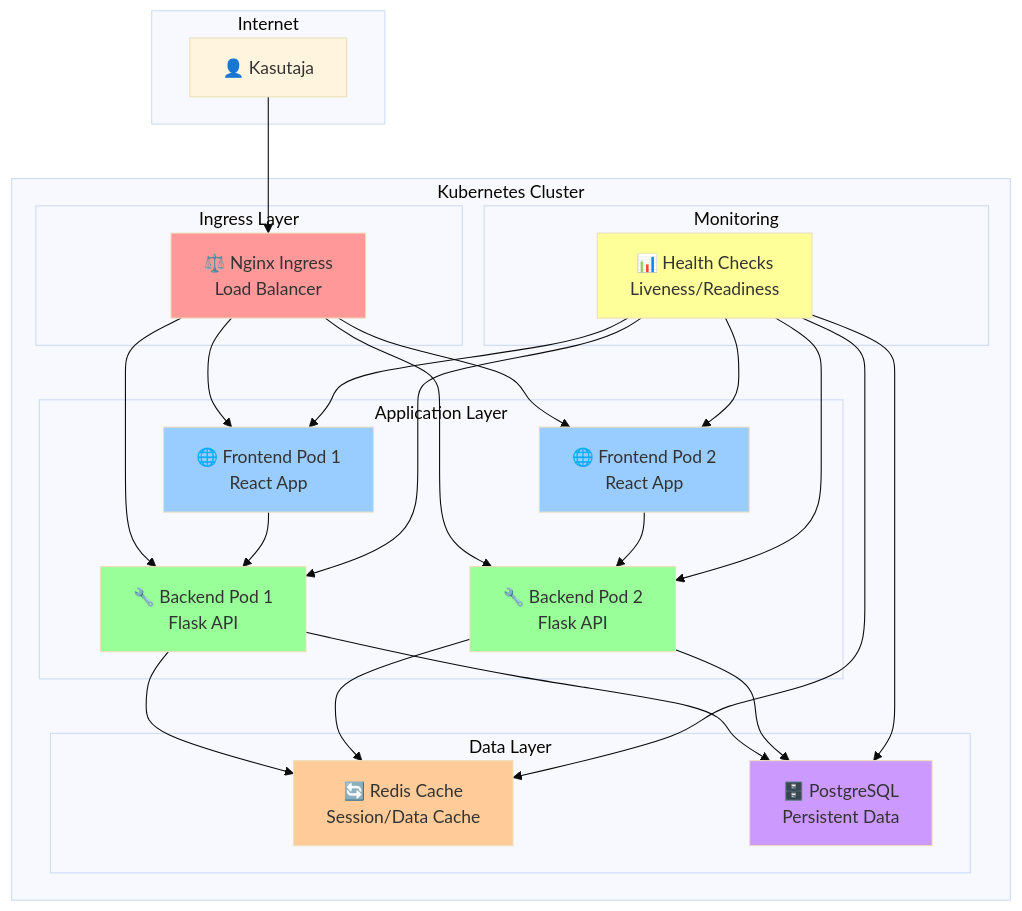
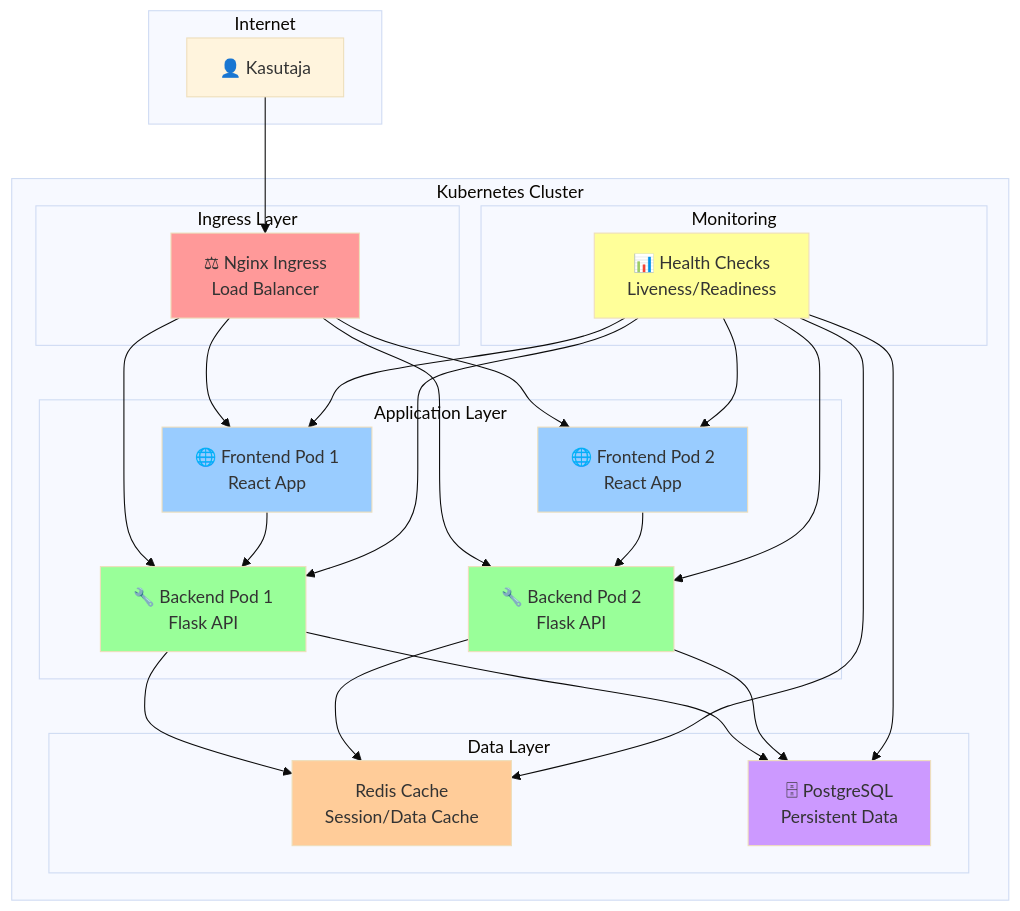
One commit to mtalvik/automation changed the diagram in docs/docker_orchestration/homework.md. Above: the diagram before and after it, drawn with Mermaid (base theme). The commit also changed other lines of this file and 168 other files, not shown here.

````diff
--- a/docs/docker_orchestration/homework.md
+++ b/docs/docker_orchestration/homework.md
@@ -29,57 +29,57 @@
 ```mermaid
 graph TB
     subgraph "Internet"
         User[👤 Kasutaja]
     end
     
     subgraph "Kubernetes Cluster"
         subgraph "Ingress Layer"
-            Ingress[⚖️ Nginx Ingress<br/>Load Balancer]
+            Ingress[⚖ Nginx Ingress<br/>Load Balancer]
         end
         
         subgraph "Application Layer"
             Frontend1[🌐 Frontend Pod 1<br/>React App]
             Frontend2[🌐 Frontend Pod 2<br/>React App]
             Backend1[🔧 Backend Pod 1<br/>Flask API]
             Backend2[🔧 Backend Pod 2<br/>Flask API]
         end
         
         subgraph "Data Layer"
-            Redis[🔄 Redis Cache<br/>Session/Data Cache]
-            Postgres[🗄️ PostgreSQL<br/>Persistent Data]
+            Redis[ Redis Cache<br/>Session/Data Cache]
+            Postgres[🗄 PostgreSQL<br/>Persistent Data]
         end
         
         subgraph "Monitoring"
             Health[📊 Health Checks<br/>Liveness/Readiness]
         end
     end
     
     User --> Ingress
     Ingress --> Frontend1
     Ingress --> Frontend2
     Ingress --> Backend1
     Ingress --> Backend2
     
     Frontend1 --> Backend1
     Frontend2 --> Backend2
     Backend1 --> Redis
     Backend2 --> Redis
     Backend1 --> Postgres
     Backend2 --> Postgres
     
     Health --> Frontend1
     Health --> Frontend2
     Health --> Backend1
     Health --> Backend2
     Health --> Redis
     Health --> Postgres
     
     style Ingress fill:#ff9999
     style Frontend1 fill:#99ccff
     style Frontend2 fill:#99ccff
     style Backend1 fill:#99ff99
     style Backend2 fill:#99ff99
     style Redis fill:#ffcc99
     style Postgres fill:#cc99ff
     style Health fill:#ffff99
 ```
````
